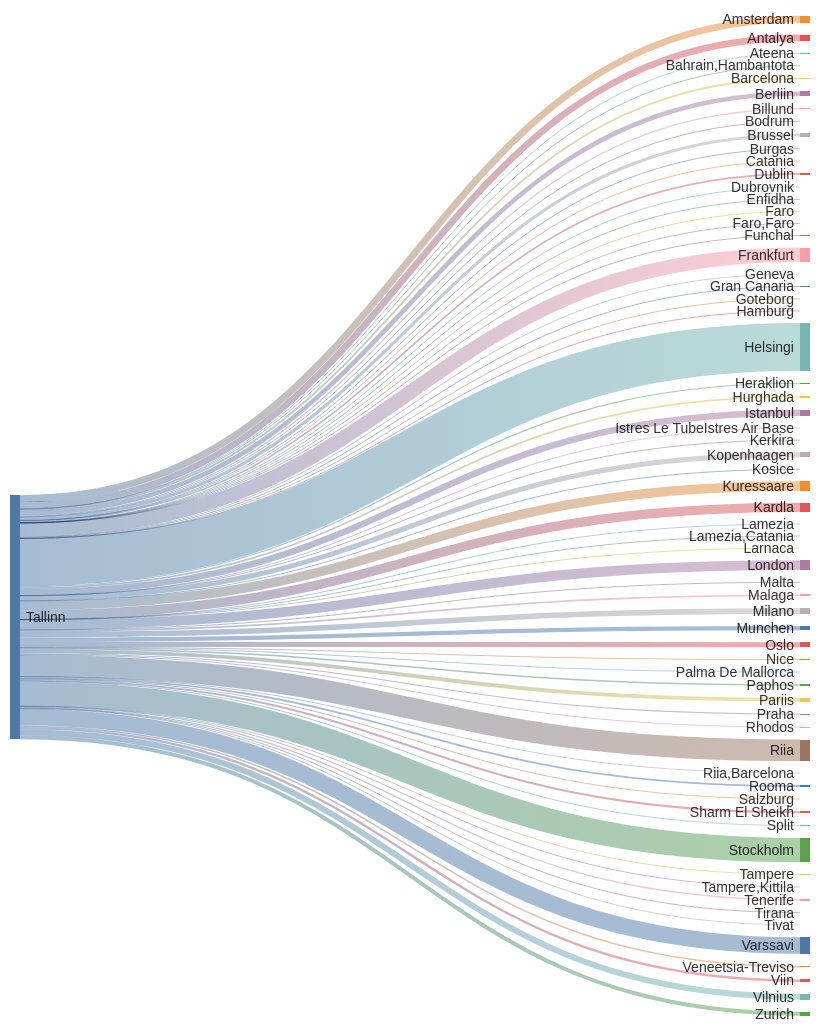
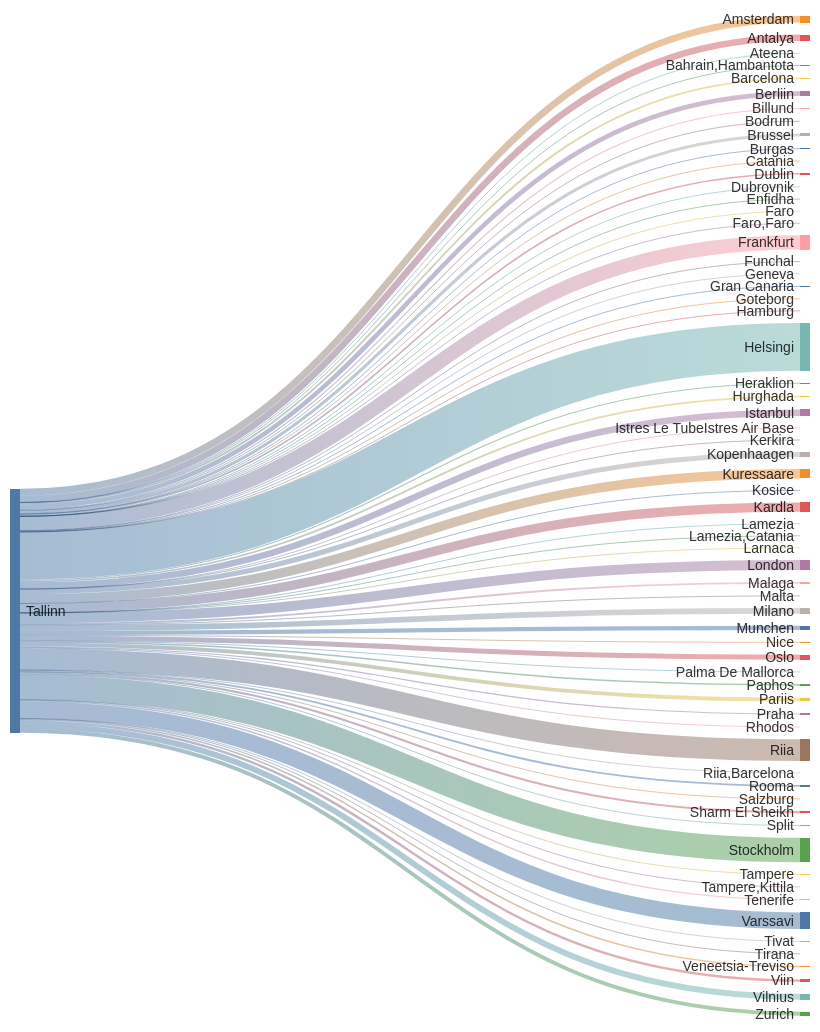
Before and after one commit to rainermesi/tll-airport-departures: the second of 2 diagrams in README.md, drawn with Mermaid. The commit also changed other lines of this file and 1 other file, not shown here.

````diff
--- a/README.md
+++ b/README.md
@@ -34,77 +34,77 @@
 ```mermaid
 ---
 config:
   sankey:
     showValues: false
     width: 800
     height: 1000
 ---
 sankey-beta
 %% source,target,value
-Tallinn,Amsterdam,304
-Tallinn,Antalya,292
+Tallinn,Amsterdam,297
+Tallinn,Antalya,285
 Tallinn,Ateena,16
 Tallinn,"Bahrain,Hambantota",1
-Tallinn,Barcelona,83
-Tallinn,Berliin,204
-Tallinn,Billund,50
+Tallinn,Barcelona,80
+Tallinn,Berliin,200
+Tallinn,Billund,49
 Tallinn,Bodrum,11
-Tallinn,Brussel,136
+Tallinn,Brussel,133
 Tallinn,Burgas,21
 Tallinn,Catania,2
-Tallinn,Dublin,70
+Tallinn,Dublin,68
 Tallinn,Dubrovnik,21
 Tallinn,Enfidha,7
 Tallinn,Faro,4
 Tallinn,"Faro,Faro",1
-Tallinn,Frankfurt,625
+Tallinn,Frankfurt,614
 Tallinn,Funchal,5
 Tallinn,Geneva,13
 Tallinn,Gran Canaria,38
 Tallinn,Goteborg,1
 Tallinn,Hamburg,2
-Tallinn,Helsingi,2105
-Tallinn,Heraklion,49
+Tallinn,Helsingi,2066
+Tallinn,Heraklion,46
 Tallinn,Hurghada,75
-Tallinn,Istanbul,284
+Tallinn,Istanbul,279
 Tallinn,Istres Le TubeIstres Air Base,2
 Tallinn,Kerkira,4
-Tallinn,Kopenhaagen,228
+Tallinn,Kopenhaagen,217
 Tallinn,Kosice,1
-Tallinn,Kuressaare,410
-Tallinn,Kardla,410
+Tallinn,Kuressaare,403
+Tallinn,Kardla,403
 Tallinn,Lamezia,1
 Tallinn,"Lamezia,Catania",3
 Tallinn,Larnaca,4
-Tallinn,London,438
-Tallinn,Malaga,81
+Tallinn,London,432
+Tallinn,Malaga,79
 Tallinn,Malta,15
-Tallinn,Milano,247
-Tallinn,Munchen,190
-Tallinn,Nice,26
-Tallinn,Oslo,224
+Tallinn,Milano,245
+Tallinn,Munchen,185
+Tallinn,Nice,25
+Tallinn,Oslo,220
 Tallinn,Palma De Mallorca,19
 Tallinn,Paphos,66
-Tallinn,Pariis,168
-Tallinn,Praha,51
+Tallinn,Pariis,165
+Tallinn,Praha,50
 Tallinn,Rhodos,33
-Tallinn,Riia,949
+Tallinn,Riia,932
 Tallinn,"Riia,Barcelona",1
 Tallinn,Rooma,80
 Tallinn,Salzburg,14
-Tallinn,Sharm El Sheikh,92
-Tallinn,Split,25
-Tallinn,Stockholm,1078
+Tallinn,Sharm El Sheikh,91
+Tallinn,Split,26
+Tallinn,Stockholm,1057
 Tallinn,Tampere,17
 Tallinn,"Tampere,Kittila",21
 Tallinn,Tenerife,58
 Tallinn,Tirana,8
-Tallinn,Tivat,28
-Tallinn,Varssavi,727
+Tallinn,Tivat,26
+Tallinn,Varssavi,716
 Tallinn,Veneetsia-Treviso,67
 Tallinn,Viin,106
-Tallinn,Vilnius,261
-Tallinn,Zurich,173
+Tallinn,Vilnius,254
+Tallinn,Zurich,171
 
 
 ```
````
